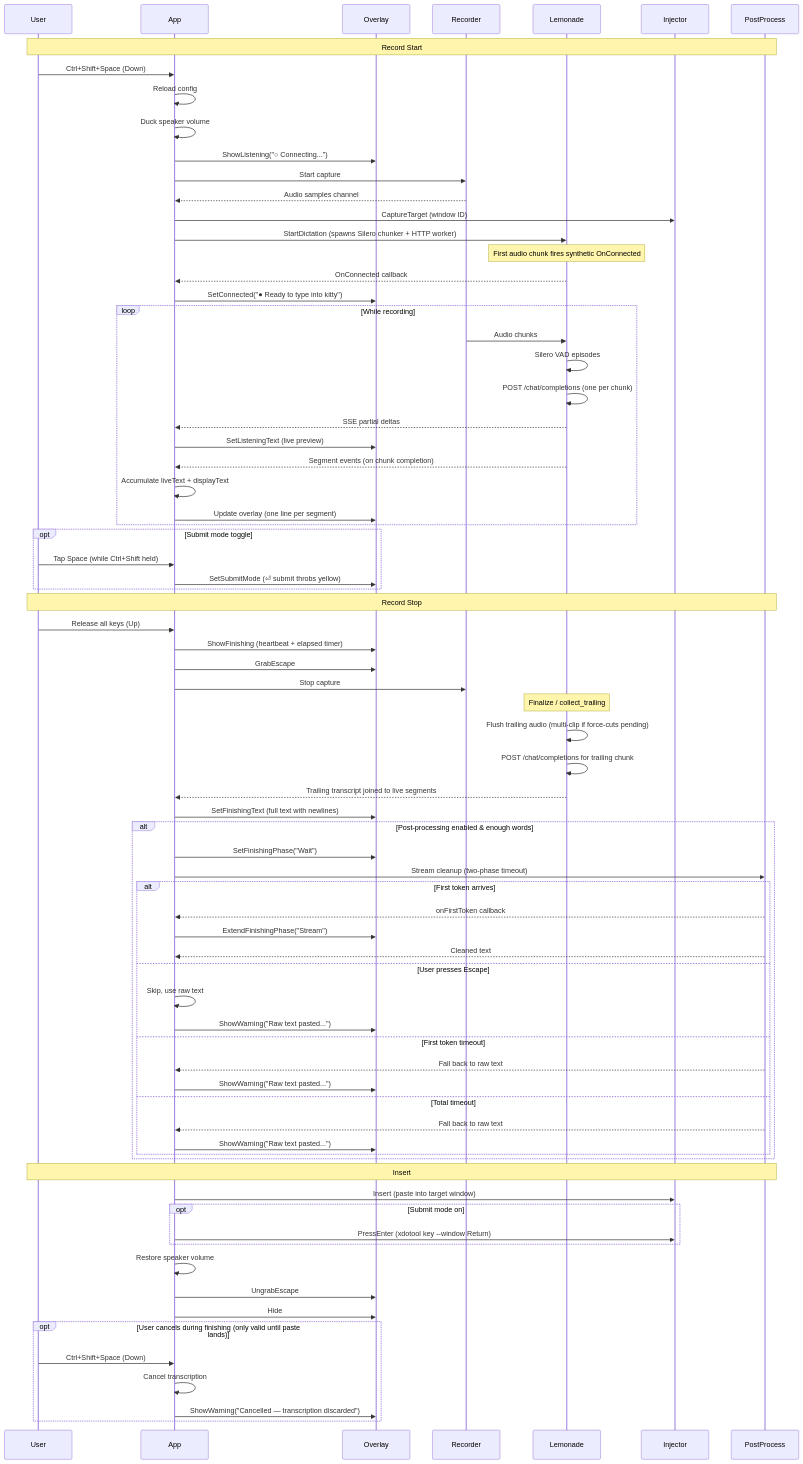
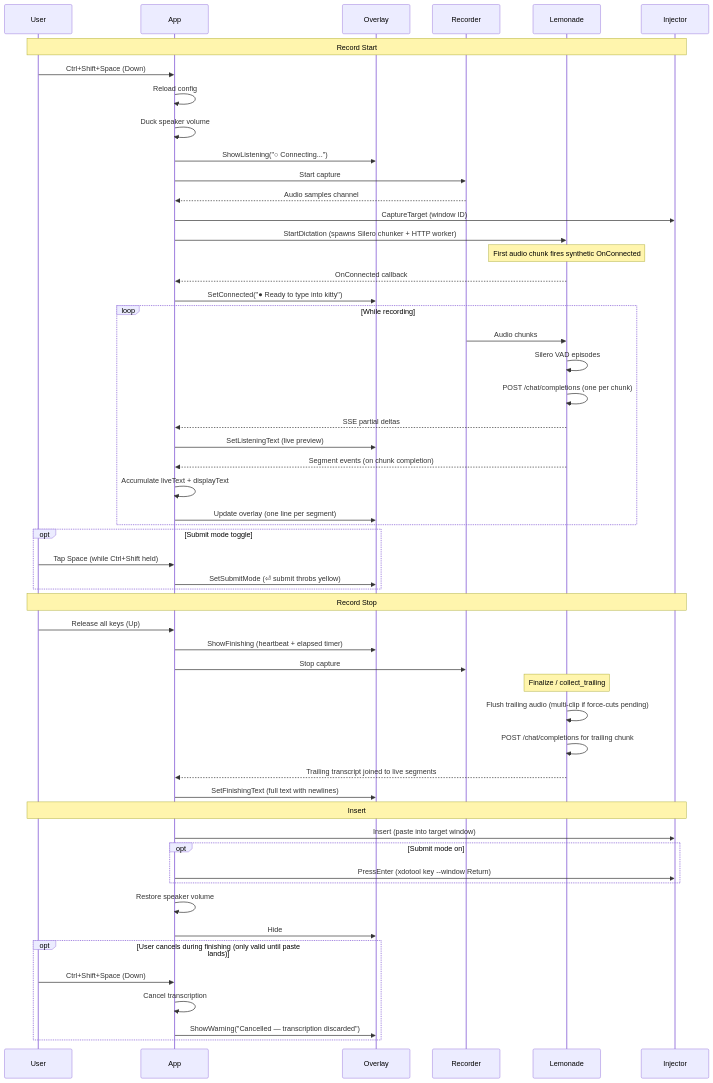
The diagram in docs/runtime-flow.md (duboisf/vocis), drawn with Mermaid before and after one commit. The commit also changed other lines of this file and 31 other files, not shown here.

```diff
--- a/docs/runtime-flow.md
+++ b/docs/runtime-flow.md
@@ -12,9 +12,8 @@
     participant Recorder
     participant Lemonade
     participant Injector
-    participant PostProcess
 
-    Note over User,PostProcess: Record Start
+    Note over User,Injector: Record Start
 
     User->>App: Ctrl+Shift+Space (Down)
     App->>App: Reload config
@@ -45,11 +44,10 @@
         App->>Overlay: SetSubmitMode (⏎ submit throbs yellow)
     end
 
-    Note over User,PostProcess: Record Stop
+    Note over User,Injector: Record Stop
 
     User->>App: Release all keys (Up)
     App->>Overlay: ShowFinishing (heartbeat + elapsed timer)
-    App->>Overlay: GrabEscape
     App->>Recorder: Stop capture
 
     Note over Lemonade: Finalize / collect_trailing
@@ -60,26 +58,7 @@
 
     App->>Overlay: SetFinishingText (full text with newlines)
 
-    alt Post-processing enabled & enough words
-        App->>Overlay: SetFinishingPhase("Wait")
-        App->>PostProcess: Stream cleanup (two-phase timeout)
-        alt First token arrives
-            PostProcess-->>App: onFirstToken callback
-            App->>Overlay: ExtendFinishingPhase("Stream")
-            PostProcess-->>App: Cleaned text
-        else User presses Escape
-            App->>App: Skip, use raw text
-            App->>Overlay: ShowWarning("Raw text pasted...")
-        else First token timeout
-            PostProcess-->>App: Fall back to raw text
-            App->>Overlay: ShowWarning("Raw text pasted...")
-        else Total timeout
-            PostProcess-->>App: Fall back to raw text
-            App->>Overlay: ShowWarning("Raw text pasted...")
-        end
-    end
-
-    Note over User,PostProcess: Insert
+    Note over User,Injector: Insert
 
     App->>Injector: Insert (paste into target window)
 
@@ -88,7 +67,6 @@
     end
 
     App->>App: Restore speaker volume
-    App->>Overlay: UngrabEscape
     App->>Overlay: Hide
 
     opt User cancels during finishing (only valid until paste lands)
```
